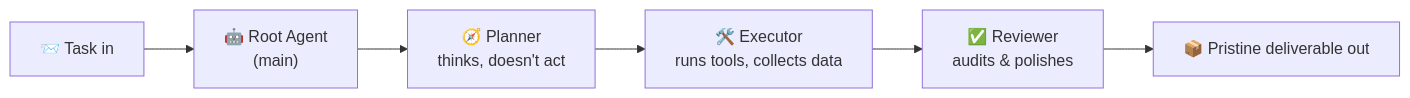
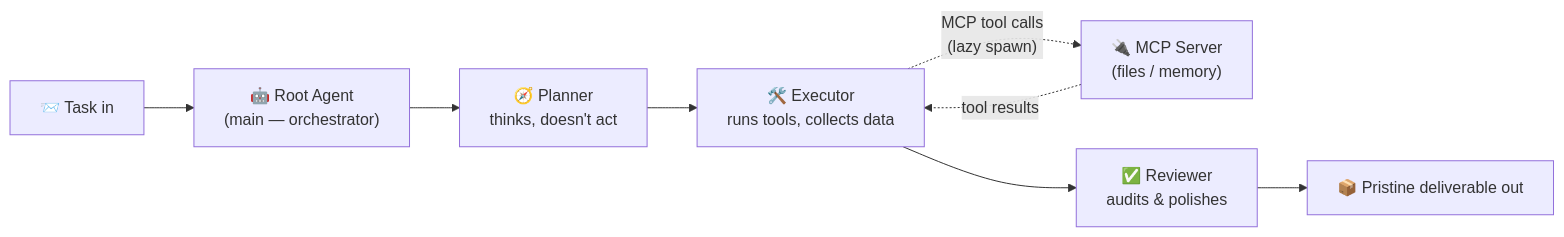
One commit to giacchetta/openclaw-a2a-bridge changed the fourth of 4 diagrams in README.md. Above: the diagram before and after it, drawn with Mermaid. The commit also changed other lines of this file and 9 other files, not shown here.

First line of the commit message:
Single-agent A2A pivot: park tri-node, direct main→main A2A (#6) (#13)

````diff
--- a/README.md
+++ b/README.md
@@ -75,8 +109,10 @@
 ```mermaid
 flowchart LR
-    IN["📨 Task in"] --> MAIN["🤖 Root Agent<br/>(main)"]
+    IN["📨 Task in"] --> MAIN["🤖 Root Agent<br/>(main — orchestrator)"]
     MAIN --> P["🧭 Planner<br/>thinks, doesn't act"]
     P --> E["🛠️ Executor<br/>runs tools, collects data"]
+    E -. "MCP tool calls<br/>(lazy spawn)" .-> MCP["🔌 MCP Server<br/>(files / memory)"]
+    MCP -. "tool results" .-> E
     E --> R["✅ Reviewer<br/>audits & polishes"]
     R --> OUT["📦 Pristine deliverable out"]
 ```
````
